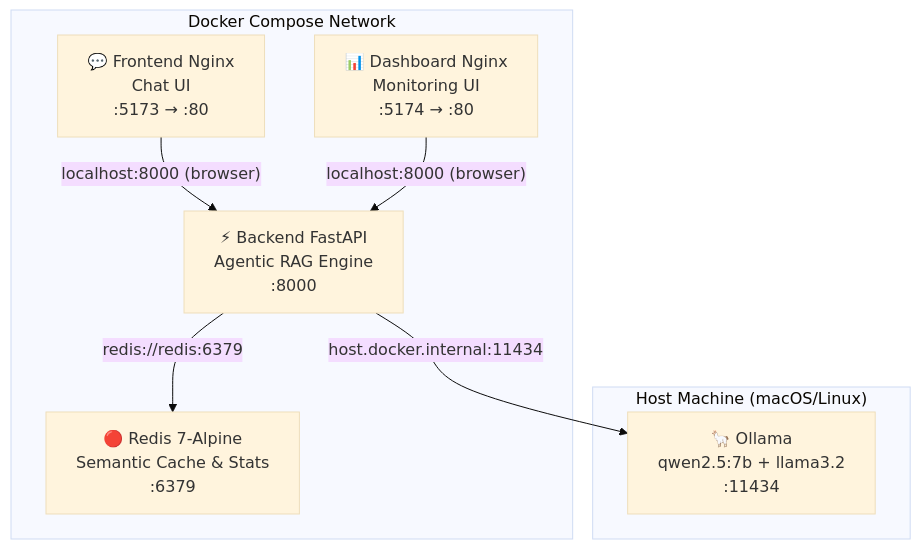
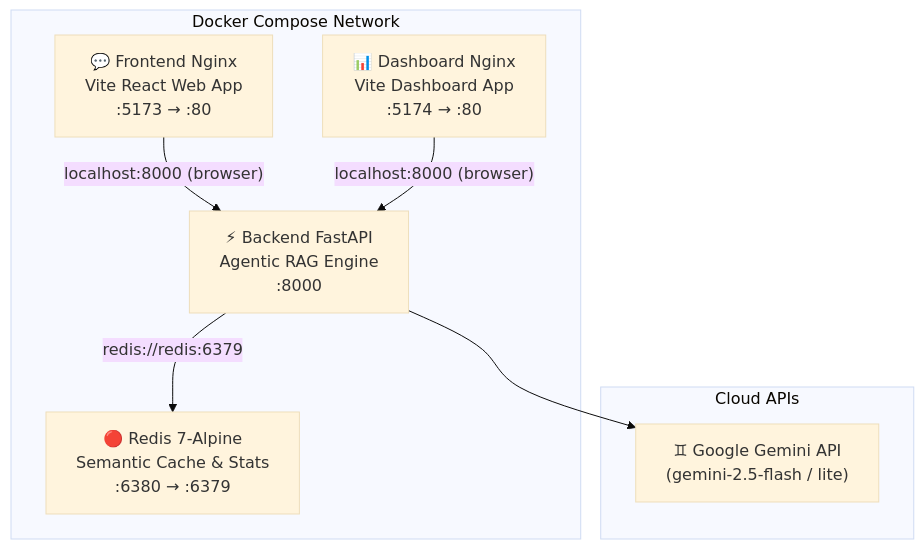
One commit to BennedictQuanTon/BKAi-Admission-System changed the fourth of 4 diagrams in README.md. Above: the diagram before and after it, drawn with Mermaid (base theme). The commit also changed other lines of this file, not shown here.

````diff
--- a/README.md
+++ b/README.md
@@ -269,18 +281,18 @@
 ```mermaid
 graph TB
-    subgraph Host["Host Machine (macOS/Linux)"]
-        Ollama["🦙 Ollama<br/>qwen2.5:7b + llama3.2<br/>:11434"]
+    subgraph Cloud["Cloud APIs"]
+        Gemini["♊ Google Gemini API<br/>(gemini-2.5-flash / lite)"]
     end
 
     subgraph Docker["Docker Compose Network"]
-        Redis["🔴 Redis 7-Alpine<br/>Semantic Cache & Stats<br/>:6379"]
+        Redis["🔴 Redis 7-Alpine<br/>Semantic Cache & Stats<br/>:6380 → :6379"]
         Backend["⚡ Backend FastAPI<br/>Agentic RAG Engine<br/>:8000"]
-        Frontend["💬 Frontend Nginx<br/>Chat UI<br/>:5173 → :80"]
-        Dashboard["📊 Dashboard Nginx<br/>Monitoring UI<br/>:5174 → :80"]
+        Frontend["💬 Frontend Nginx<br/>Vite React Web App<br/>:5173 → :80"]
+        Dashboard["📊 Dashboard Nginx<br/>Vite Dashboard App<br/>:5174 → :80"]
     end
 
     Backend -->|"redis://redis:6379"| Redis
-    Backend -->|"host.docker.internal:11434"| Ollama
+    Backend --> Gemini
     Frontend -->|"localhost:8000 (browser)"| Backend
     Dashboard -->|"localhost:8000 (browser)"| Backend
 ```
````
